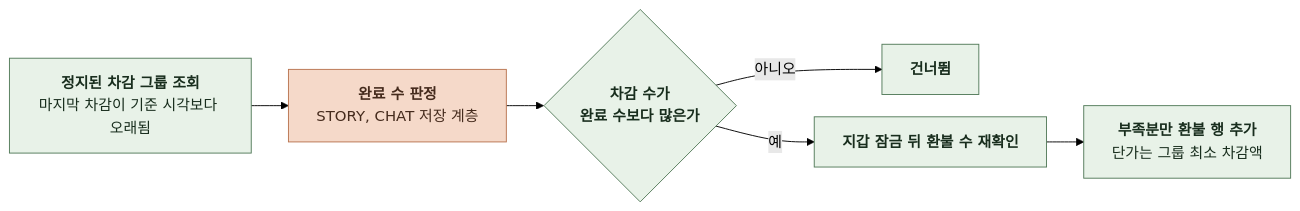
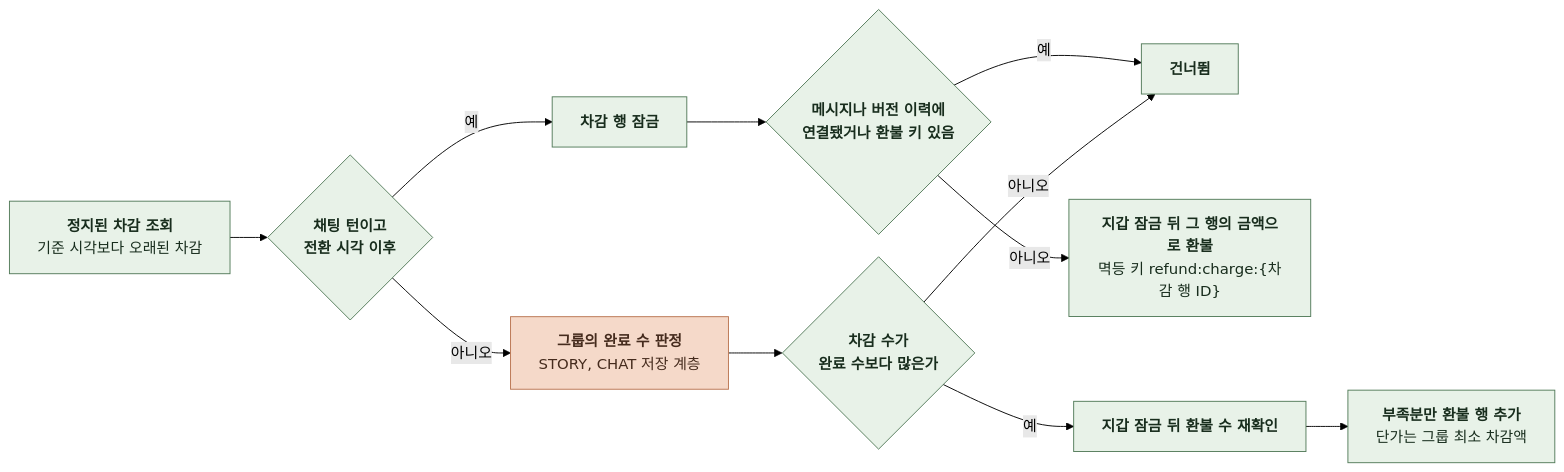
Before and after one commit to KIM-N-KANG/knk-harness: diagram 14 of 14 in docs/domain/PAYMENT/BACKEND/4-1-PIPELINES.md, drawn with Mermaid (forest theme). The commit also changed other lines of this file and 17 other files, not shown here.

````diff
--- a/docs/domain/PAYMENT/BACKEND/4-1-PIPELINES.md
+++ b/docs/domain/PAYMENT/BACKEND/4-1-PIPELINES.md
@@ -395,17 +397,25 @@
 ```mermaid
 %%{init: {"flowchart": {"curve": "basis", "nodeSpacing": 24, "rankSpacing": 40}}}%%
 flowchart LR
-    A["`**정지된 차감 그룹 조회**
-마지막 차감이 기준 시각보다 오래됨`"] --> B["`**완료 수 판정**
+    A["`**정지된 차감 조회**
+기준 시각보다 오래된 차감`"] --> K{"`**채팅 턴이고
+전환 시각 이후**`"}
+    K -->|예| R1["`**차감 행 잠금**`"]
+    R1 --> R2{"`**메시지나 버전 이력에
+연결됐거나 환불 키 있음**`"}
+    R2 -->|예| N["`**건너뜀**`"]
+    R2 -->|아니오| R3["`**지갑 잠금 뒤 그 행의 금액으로 환불**
+멱등 키 refund:charge:{차감 행 ID}`"]
+    K -->|아니오| B["`**그룹의 완료 수 판정**
 STORY, CHAT 저장 계층`"]
     B --> C{"`**차감 수가
 완료 수보다 많은가**`"}
-    C -->|아니오| N["`**건너뜀**`"]
+    C -->|아니오| N
     C -->|예| D["`**지갑 잠금 뒤 환불 수 재확인**`"]
     D --> E["`**부족분만 환불 행 추가**
 단가는 그룹 최소 차감액`"]
     classDef comp fill:#E8F2E8,stroke:#527A59,color:#182D1D
     classDef task fill:#F5D9C9,stroke:#B97450,color:#452B1D
-    class A,C,D,E,N comp
+    class A,K,R1,R2,R3,C,D,E,N comp
     class B task
 ```
````
